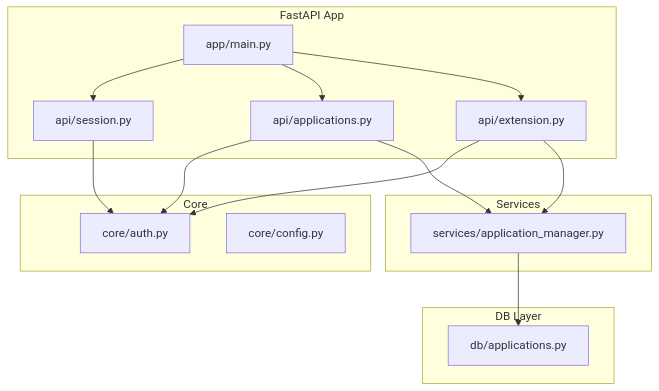
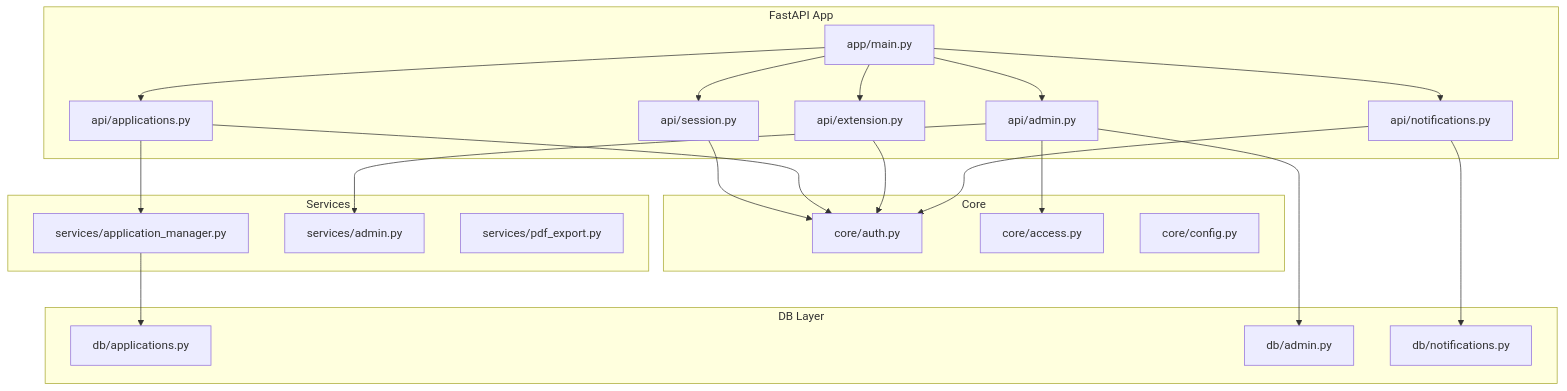
One commit to sankaL/resume-app changed the first of 14 diagrams in .qoder/repowiki/en/content/Testing Strategy/Backend Testing.md. Above: the diagram before and after it, drawn with Mermaid. The commit also changed other lines of this file and 11 other files, not shown here.

````diff
--- a/.qoder/repowiki/en/content/Testing Strategy/Backend Testing.md
+++ b/.qoder/repowiki/en/content/Testing Strategy/Backend Testing.md
@@ -46,28 +68,41 @@
 ```mermaid
 graph TB
 subgraph "FastAPI App"
 M["app/main.py"]
 Sess["api/session.py"]
 Apps["api/applications.py"]
 Ext["api/extension.py"]
+Admin["api/admin.py"]
+Notif["api/notifications.py"]
 end
 subgraph "Core"
 Auth["core/auth.py"]
+Access["core/access.py"]
 Cfg["core/config.py"]
 end
 subgraph "Services"
 AM["services/application_manager.py"]
+AdminSvc["services/admin.py"]
+PdfSvc["services/pdf_export.py"]
 end
 subgraph "DB Layer"
 DBApps["db/applications.py"]
+DBAdmin["db/admin.py"]
+DBNotif["db/notifications.py"]
 end
 M --> Sess
 M --> Apps
 M --> Ext
+M --> Admin
+M --> Notif
 Sess --> Auth
 Apps --> Auth
 Ext --> Auth
+Admin --> Access
+Notif --> Auth
 Apps --> AM
-Ext --> AM
+Admin --> AdminSvc
+Notif --> DBNotif
+Admin --> DBAdmin
 AM --> DBApps
 ```
````
